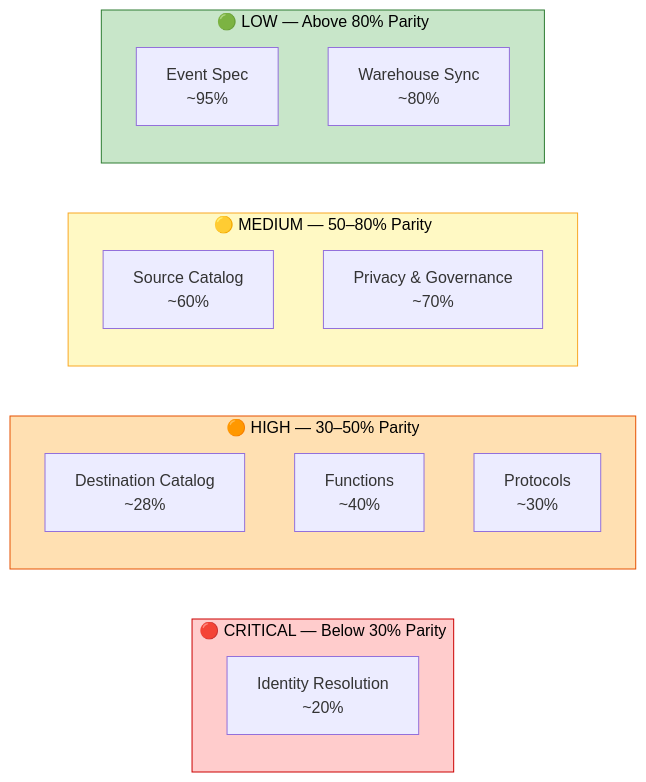
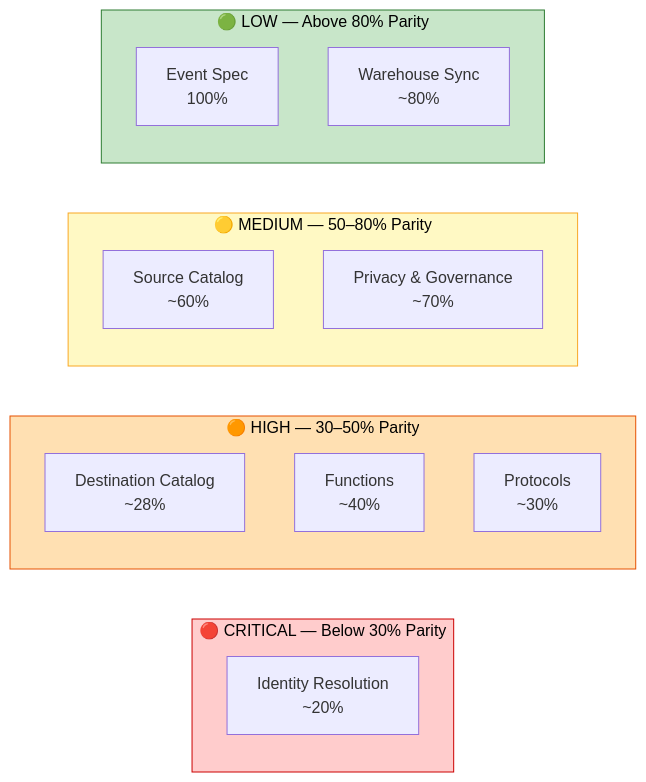
The second of 3 diagrams in docs/gap-report/index.md (Blitzy-Sandbox/blitzy-RudderStack), drawn with Mermaid before and after one commit. The commit also changed other lines of this file, not shown here.

First line of the commit message:
Update Event Spec parity from ~95% to 100% in executive gap report index

````diff
--- a/docs/gap-report/index.md
+++ b/docs/gap-report/index.md
@@ -76,27 +76,27 @@
 ```mermaid
 flowchart LR
     subgraph Critical["🔴 CRITICAL — Below 30% Parity"]
         IDR["Identity Resolution<br/>~20%"]
     end
 
     subgraph High["🟠 HIGH — 30–50% Parity"]
         DEST["Destination Catalog<br/>~28%"]
         FUNC["Functions<br/>~40%"]
         PROTO["Protocols<br/>~30%"]
     end
 
     subgraph Medium["🟡 MEDIUM — 50–80% Parity"]
         SRC["Source Catalog<br/>~60%"]
         PRIV["Privacy & Governance<br/>~70%"]
     end
 
     subgraph Low["🟢 LOW — Above 80% Parity"]
-        SPEC["Event Spec<br/>~95%"]
+        SPEC["Event Spec<br/>100%"]
         WH["Warehouse Sync<br/>~80%"]
     end
 
     style Critical fill:#ffcccc,stroke:#cc0000,color:#000
     style High fill:#ffe0b2,stroke:#e65100,color:#000
     style Medium fill:#fff9c4,stroke:#f9a825,color:#000
     style Low fill:#c8e6c9,stroke:#2e7d32,color:#000
 ```
````
